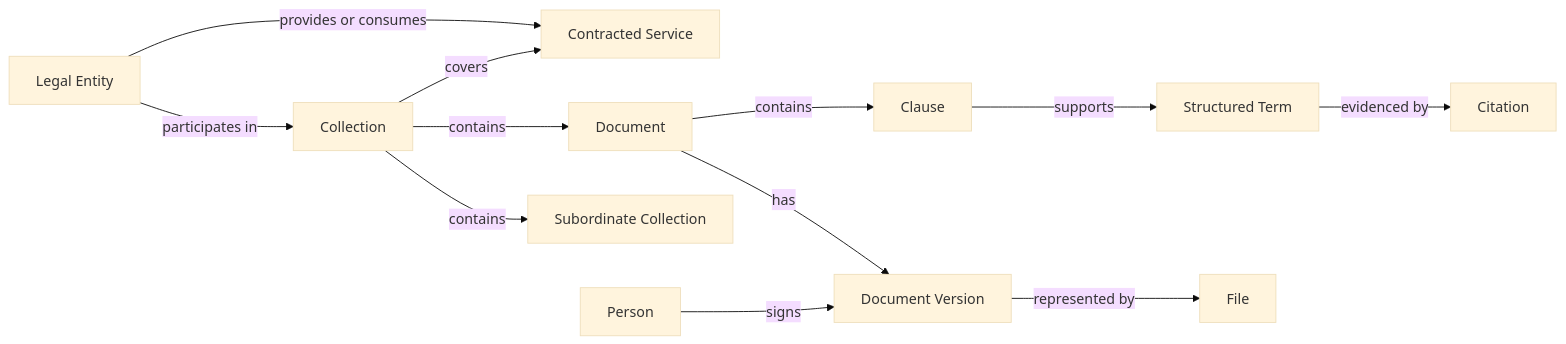
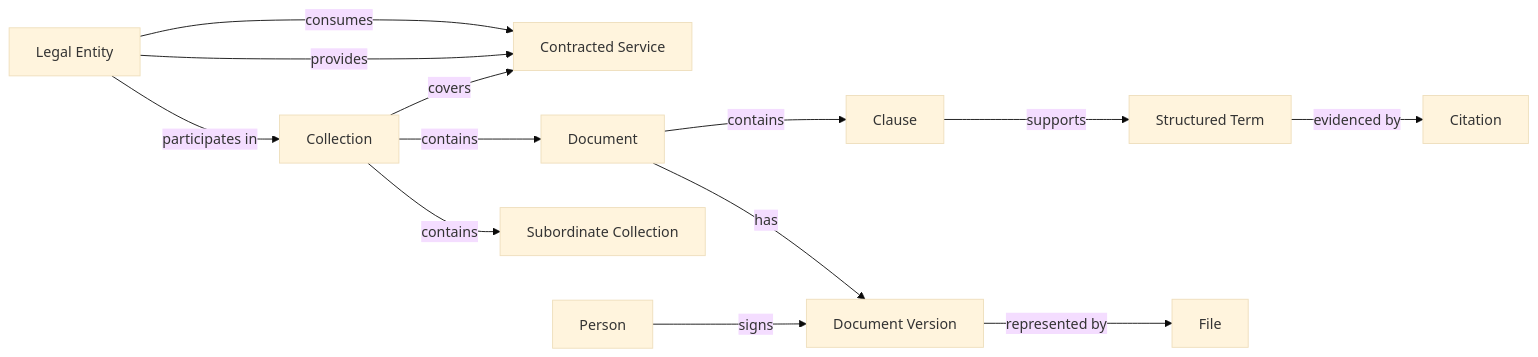
Before and after one commit to M-A-Operating-System/shared-work: the first of 4 diagrams in docs/data-models/contract-document-master-data-design-document.md, drawn with Mermaid (base theme). The commit also changed other lines of this file and 3 other files, not shown here.

````diff
--- a/docs/data-models/contract-document-master-data-design-document.md
+++ b/docs/data-models/contract-document-master-data-design-document.md
@@ -76,14 +144,15 @@
 ```mermaid
 flowchart LR
   C[Collection] -->|contains| C2[Subordinate Collection]
   C -->|contains| D[Document]
   D -->|has| V[Document Version]
   V -->|represented by| F[File]
   D -->|contains| CL[Clause]
   CL -->|supports| T[Structured Term]
   T -->|evidenced by| CI[Citation]
   C -->|covers| S[Contracted Service]
   LE[Legal Entity] -->|participates in| C
-  LE -->|provides or consumes| S
+  LE -->|provides| S
+  LE -->|consumes| S
   P[Person] -->|signs| V
 ```
````
